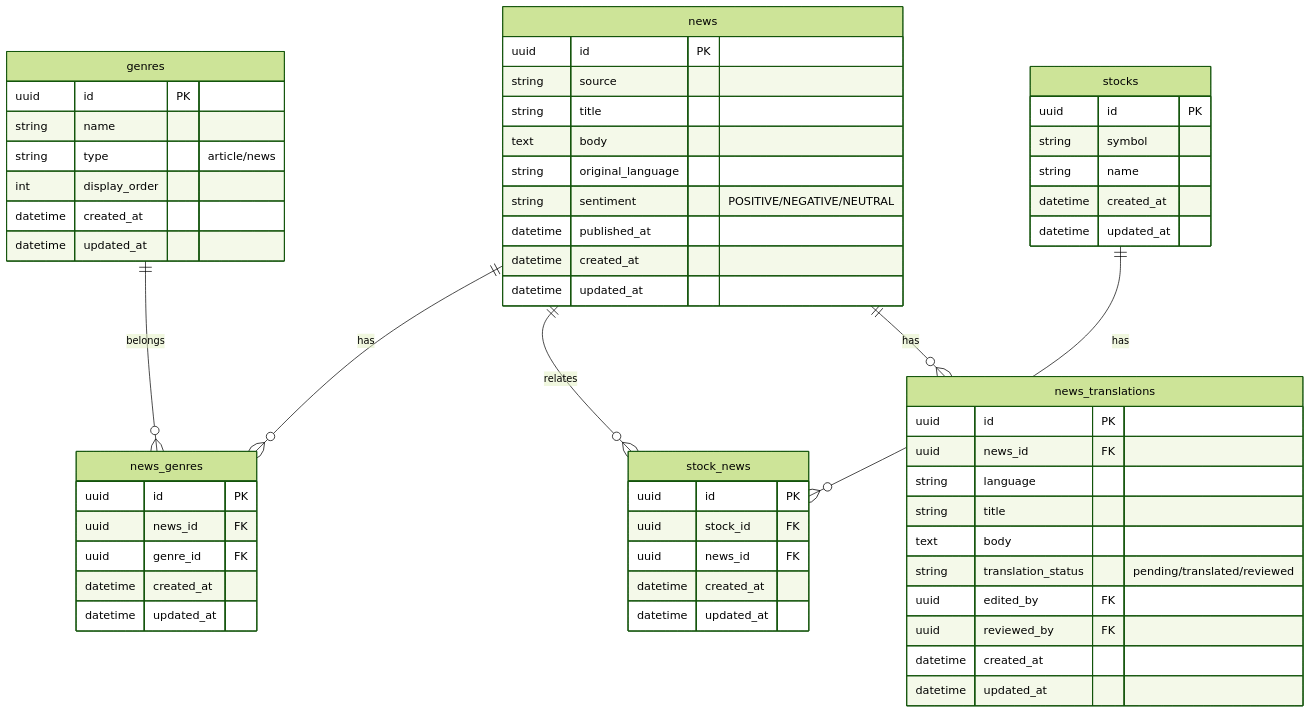
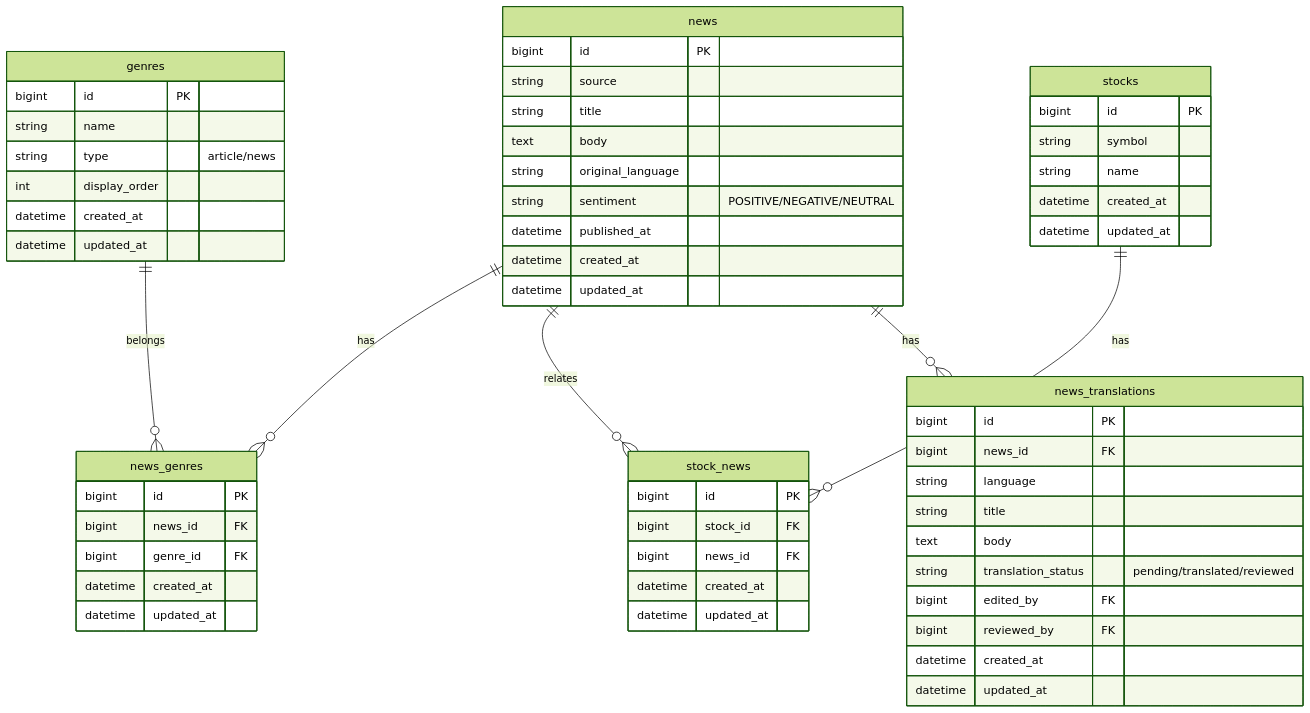
One commit to RRRRRRR-777/SikouLab changed the first of 3 diagrams in docs/functions/news/fetch.md. Above: the diagram before and after it, drawn with Mermaid (forest theme). The commit also changed 19 other files, not shown here.

````diff
--- a/docs/functions/news/fetch.md
+++ b/docs/functions/news/fetch.md
@@ -44,67 +44,67 @@
 ```mermaid
 erDiagram
     %% 正: docs/versions/1_0_0/data-model.md
     news ||--o{ news_genres : "has"
     genres ||--o{ news_genres : "belongs"
     news ||--o{ stock_news : "relates"
     stocks ||--o{ stock_news : "has"
     news ||--o{ news_translations : "has"
 
     news {
-        uuid id PK
+        bigint id PK
         string source
         string title
         text body
         string original_language
         string sentiment "POSITIVE/NEGATIVE/NEUTRAL"
         datetime published_at
         datetime created_at
         datetime updated_at
     }
 
     news_translations {
-        uuid id PK
-        uuid news_id FK
+        bigint id PK
+        bigint news_id FK
         string language
         string title
         text body
         string translation_status "pending/translated/reviewed"
-        uuid edited_by FK
-        uuid reviewed_by FK
+        bigint edited_by FK
+        bigint reviewed_by FK
         datetime created_at
         datetime updated_at
     }
 
     news_genres {
-        uuid id PK
-        uuid news_id FK
-        uuid genre_id FK
+        bigint id PK
+        bigint news_id FK
+        bigint genre_id FK
         datetime created_at
         datetime updated_at
     }
 
     genres {
-        uuid id PK
+        bigint id PK
         string name
         string type "article/news"
         int display_order
         datetime created_at
         datetime updated_at
     }
 
     stock_news {
-        uuid id PK
-        uuid stock_id FK
-        uuid news_id FK
+        bigint id PK
+        bigint stock_id FK
+        bigint news_id FK
         datetime created_at
         datetime updated_at
     }
 
     stocks {
-        uuid id PK
+        bigint id PK
         string symbol
         string name
         datetime created_at
         datetime updated_at
     }
 ```
````
